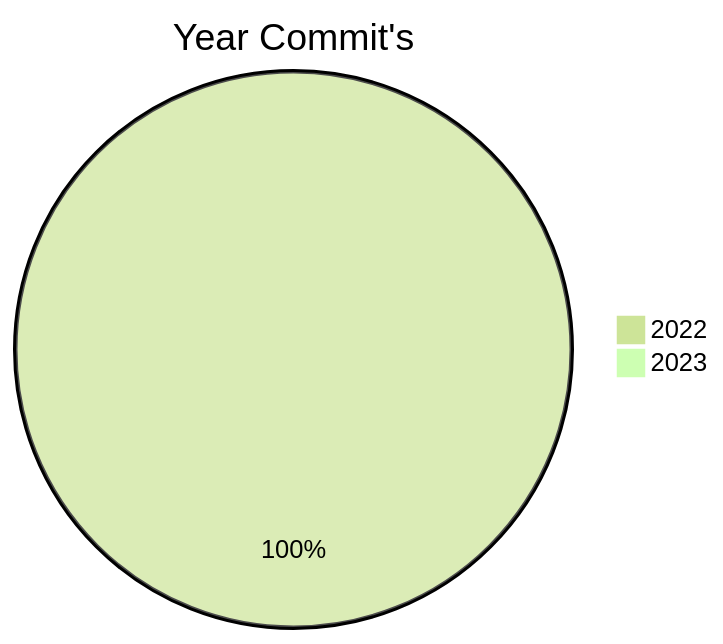
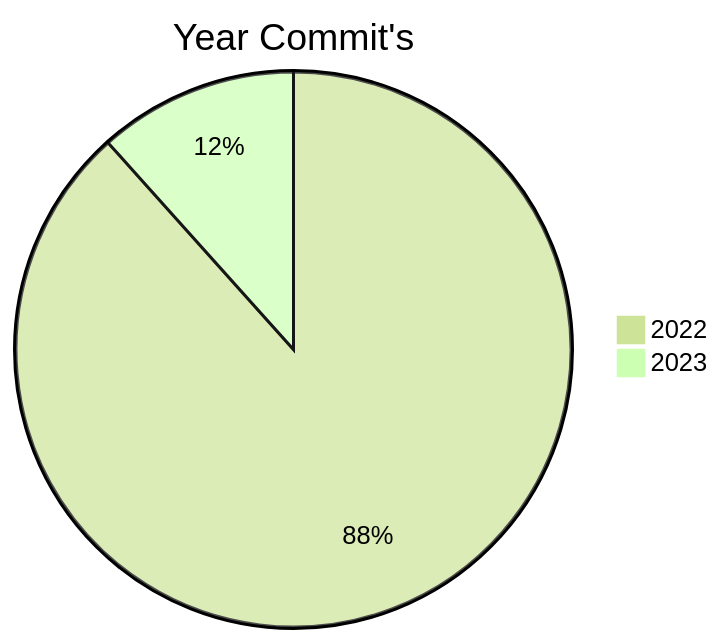
One commit to BackdevHong/YOC changed the first of 2 diagrams in README.md. Above: the diagram before and after it, drawn with Mermaid (forest theme). The commit also changed other lines of this file, not shown here.

````diff
--- a/README.md
+++ b/README.md
@@ -8,5 +8,5 @@
 ```mermaid
 pie title Year Commit's
     "2022" : 767
-    "2023" : 0
+    "2023" : 101
 ```
````
